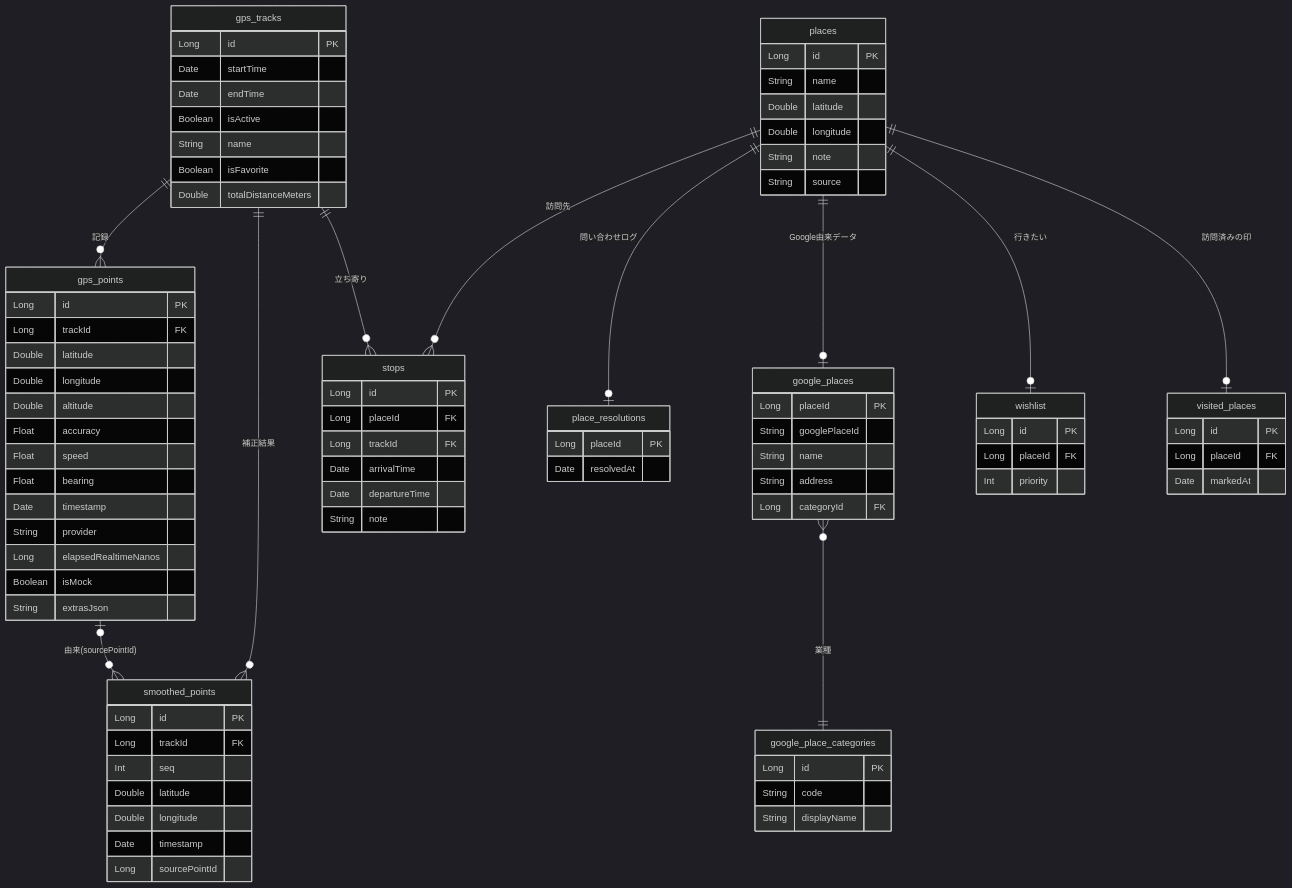
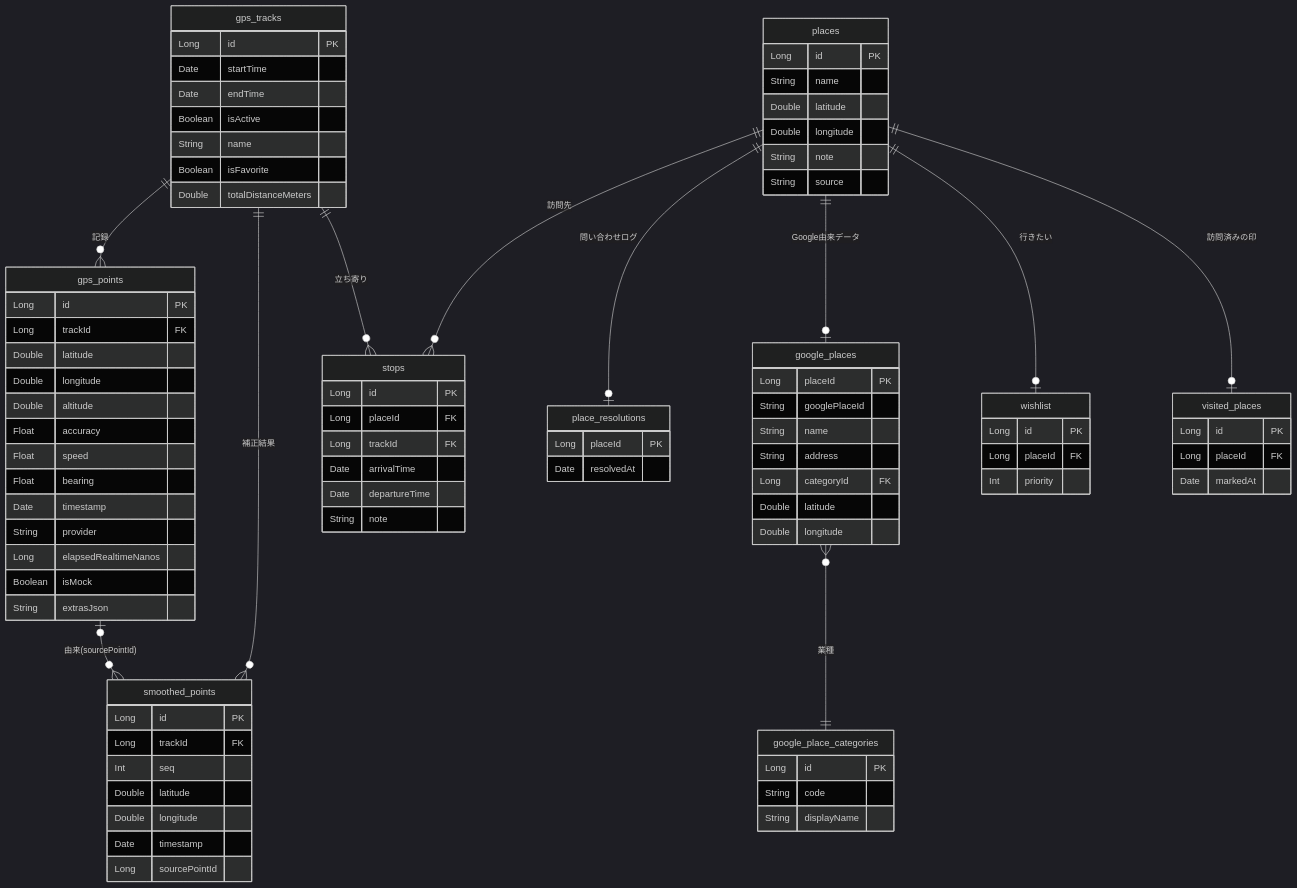
The diagram in docs/specs/model.md (y-nosuke/pathly), drawn with Mermaid (dark theme) before and after one commit. The commit also changed other lines of this file and 13 other files, not shown here.

```diff
--- a/docs/specs/model.md
+++ b/docs/specs/model.md
@@ -83,6 +83,8 @@
     String name
     String address
     Long categoryId FK
+    Double latitude
+    Double longitude
   }
   google_place_categories {
     Long id PK
```
